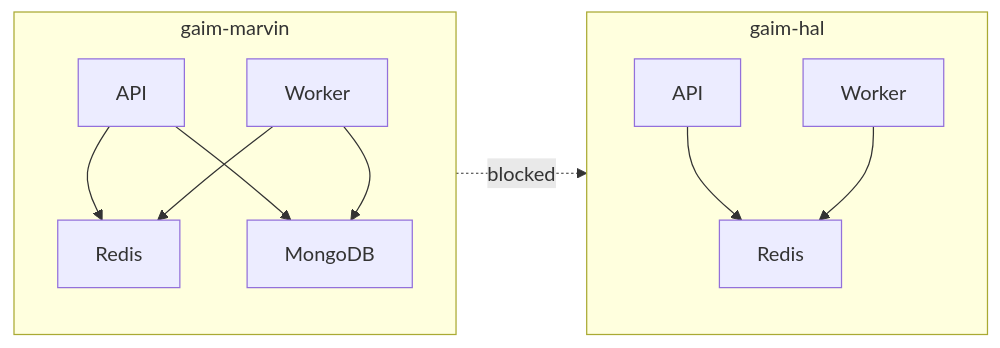
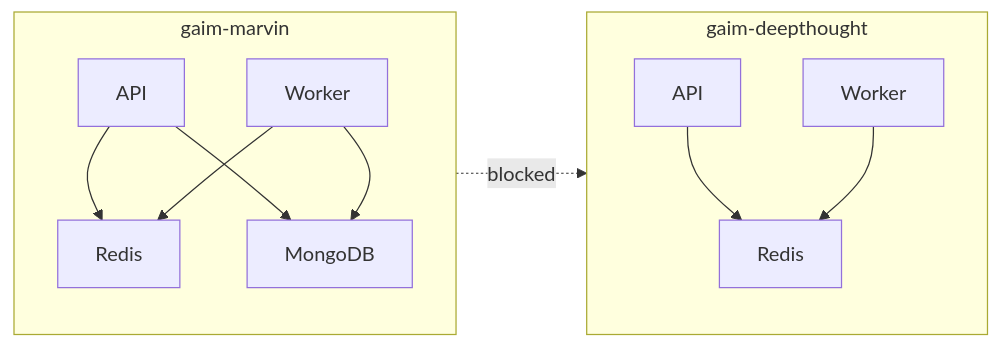
The third of 6 diagrams in multi-tenancy.md (Living-Content/living-content-architecture), drawn with Mermaid before and after one commit. The commit also changed other lines of this file and 7 other files, not shown here.

````diff
--- a/multi-tenancy.md
+++ b/multi-tenancy.md
@@ -123,16 +125,16 @@
 ```mermaid
 flowchart LR
     subgraph gaim1["gaim-marvin"]
         A1["API"] --> R1["Redis"]
         W1["Worker"] --> R1
         A1 --> M1["MongoDB"]
         W1 --> M1
     end
 
-    subgraph gaim2["gaim-hal"]
+    subgraph gaim2["gaim-deepthought"]
         A2["API"] --> R2["Redis"]
         W2["Worker"] --> R2
     end
 
     gaim1 -.->|"blocked"| gaim2
 ```
````
